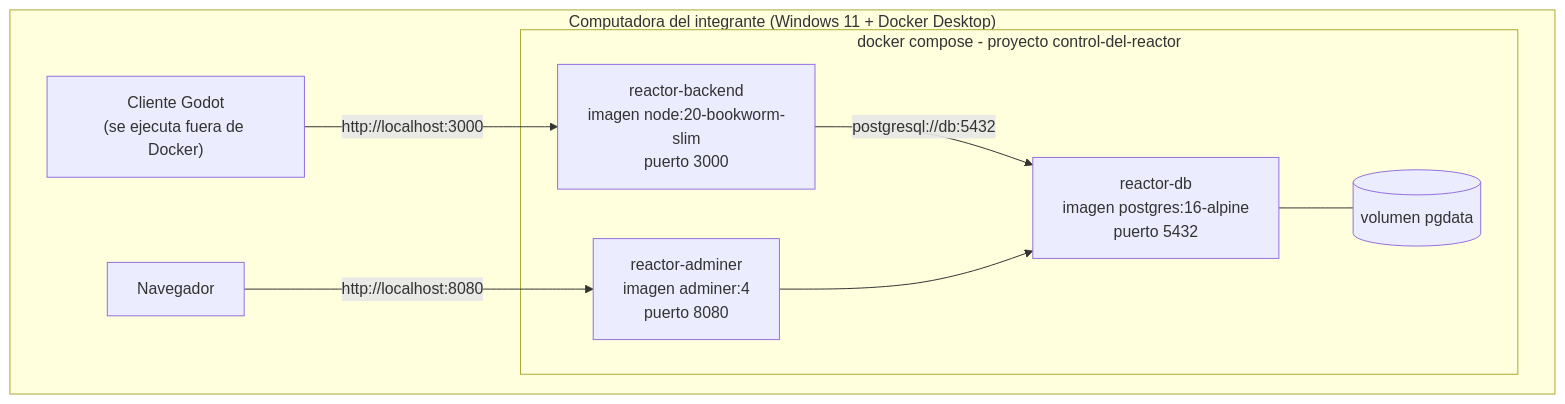
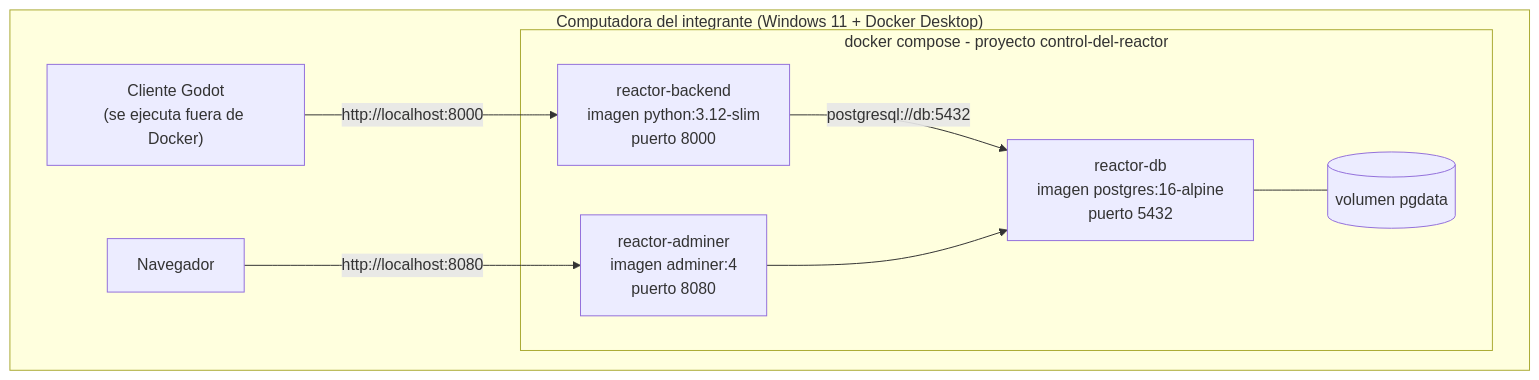
The diagram in docs/arquitectura/03-despliegue.md (Jbarraza5010/control-del-reactor), drawn with Mermaid before and after one commit. The commit also changed other lines of this file and 2 other files, not shown here.

First line of the commit message:
Tres diagramas en Mermaid actualizados

````diff
--- a/docs/arquitectura/03-despliegue.md
+++ b/docs/arquitectura/03-despliegue.md
@@ -6,20 +6,20 @@
 ```mermaid
 flowchart TB
   subgraph PC["Computadora del integrante (Windows 11 + Docker Desktop)"]
     GODOT["Cliente Godot<br/>(se ejecuta fuera de Docker)"]
     BROWSER["Navegador"]
 
     subgraph COMPOSE["docker compose  -  proyecto control-del-reactor"]
-      BACK["reactor-backend<br/>imagen node:20-bookworm-slim<br/>puerto 3000"]
+      BACK["reactor-backend<br/>imagen python:3.12-slim<br/>puerto 8000"]
       DBC["reactor-db<br/>imagen postgres:16-alpine<br/>puerto 5432"]
       ADM["reactor-adminer<br/>imagen adminer:4<br/>puerto 8080"]
       VOL[("volumen pgdata")]
     end
   end
 
-  GODOT -->|"http://localhost:3000"| BACK
+  GODOT -->|"http://localhost:8000"| BACK
   BROWSER -->|"http://localhost:8080"| ADM
   BACK -->|"postgresql://db:5432"| DBC
   ADM --> DBC
   DBC --- VOL
 ```
````
